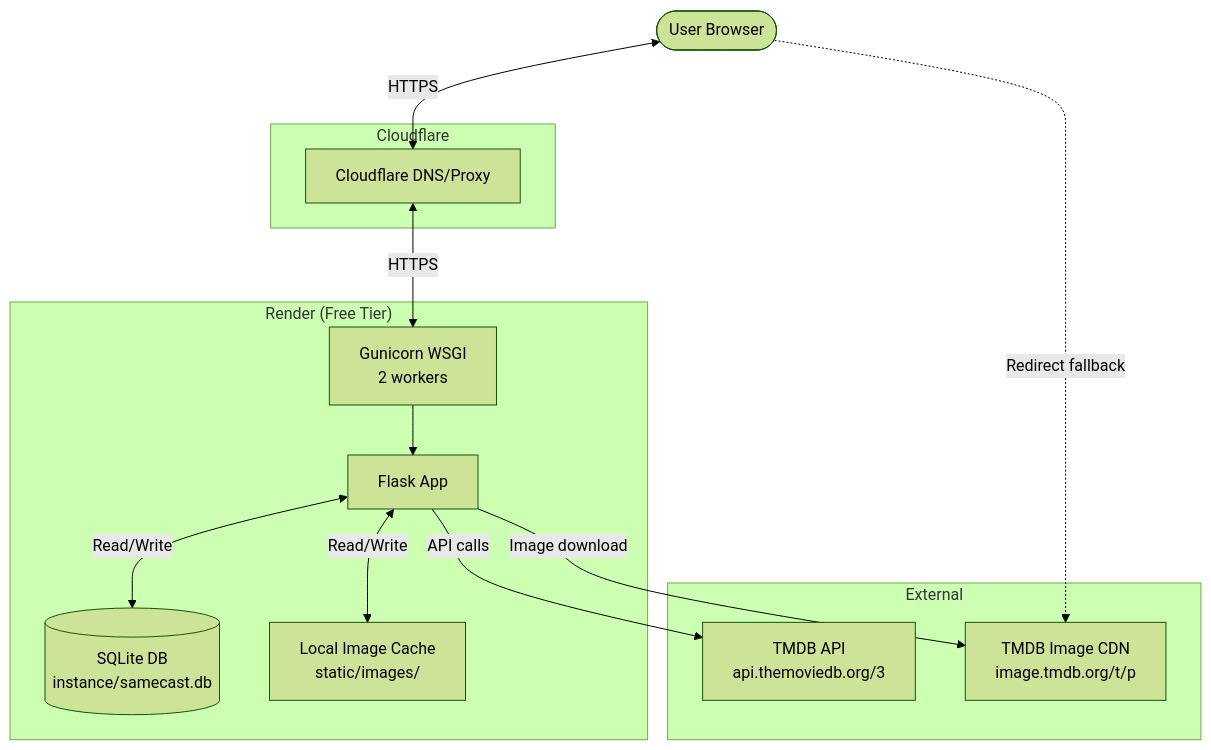
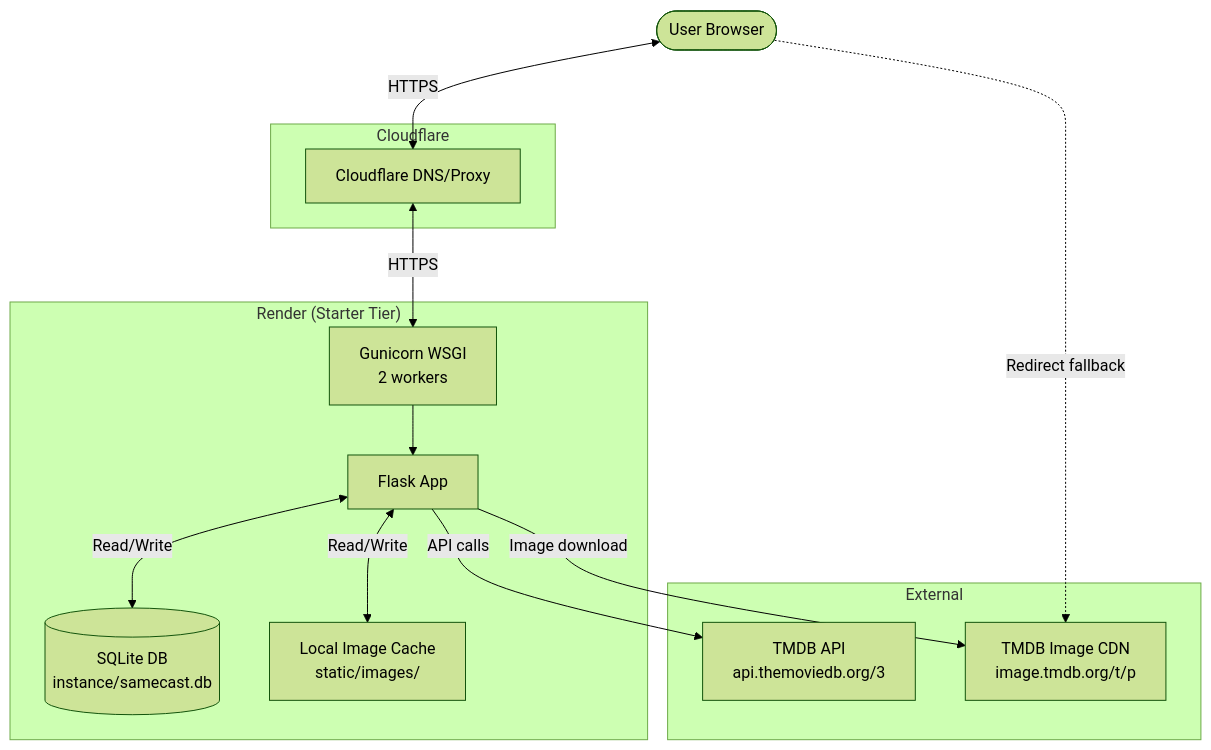
Before and after one commit to pixelperfect3/samecast: the first of 11 diagrams in ARCHITECTURE.md, drawn with Mermaid (forest theme). The commit also changed other lines of this file and 1 other file, not shown here.

Commit message:
Update Render plan from free to starter tier

````diff
--- a/ARCHITECTURE.md
+++ b/ARCHITECTURE.md
@@ -9,29 +9,29 @@
 ```mermaid
 graph TB
     User([User Browser])
 
     subgraph Cloudflare
         CF[Cloudflare DNS/Proxy]
     end
 
-    subgraph Render["Render (Free Tier)"]
+    subgraph Render["Render (Starter Tier)"]
         Gunicorn[Gunicorn WSGI<br/>2 workers]
         Flask[Flask App]
         SQLite[(SQLite DB<br/>instance/samecast.db)]
         ImageCache[Local Image Cache<br/>static/images/]
     end
 
     subgraph External
         TMDB_API[TMDB API<br/>api.themoviedb.org/3]
         TMDB_CDN[TMDB Image CDN<br/>image.tmdb.org/t/p]
     end
 
     User <-->|HTTPS| CF
     CF <-->|HTTPS| Gunicorn
     Gunicorn --> Flask
     Flask <-->|Read/Write| SQLite
     Flask <-->|Read/Write| ImageCache
     Flask -->|API calls| TMDB_API
     Flask -->|Image download| TMDB_CDN
     User -.->|Redirect fallback| TMDB_CDN
 ```
````
